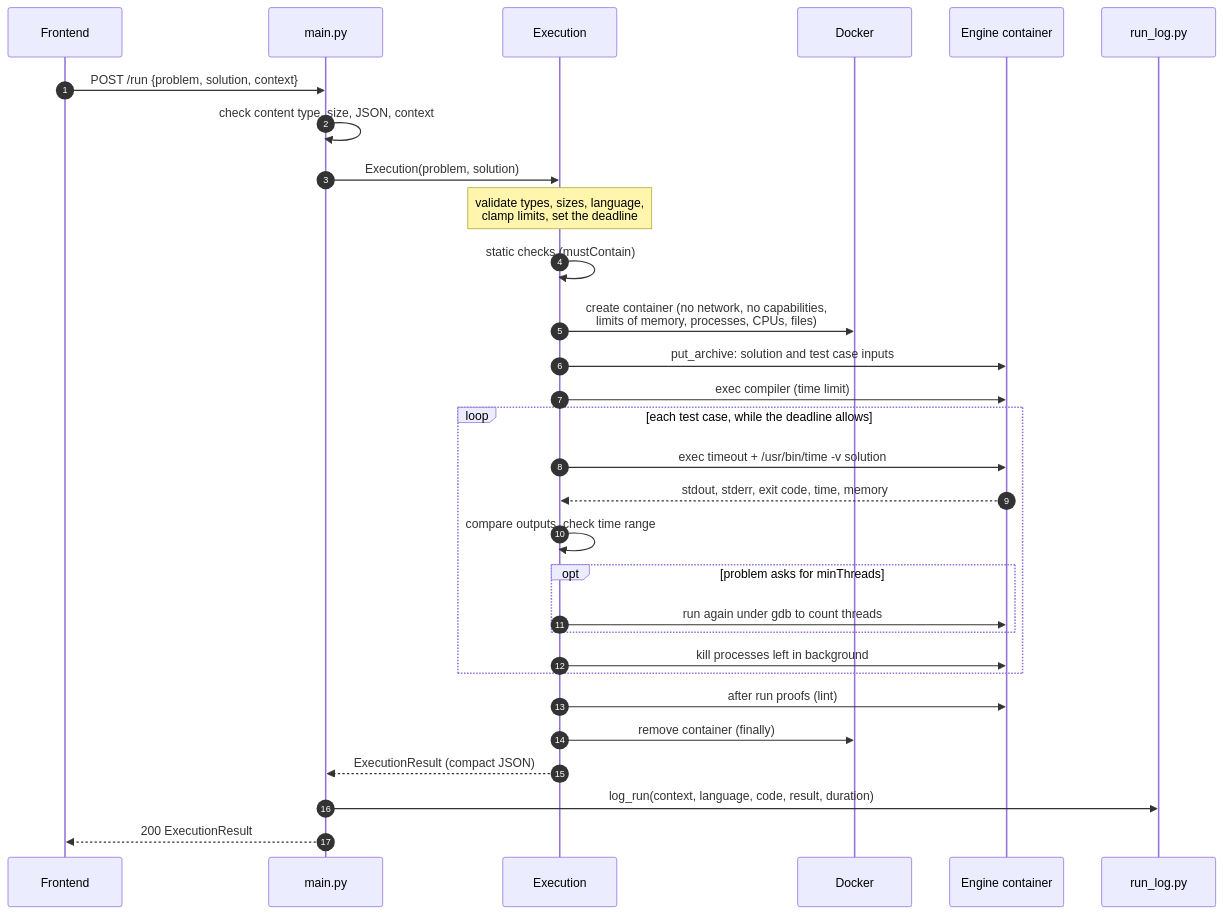
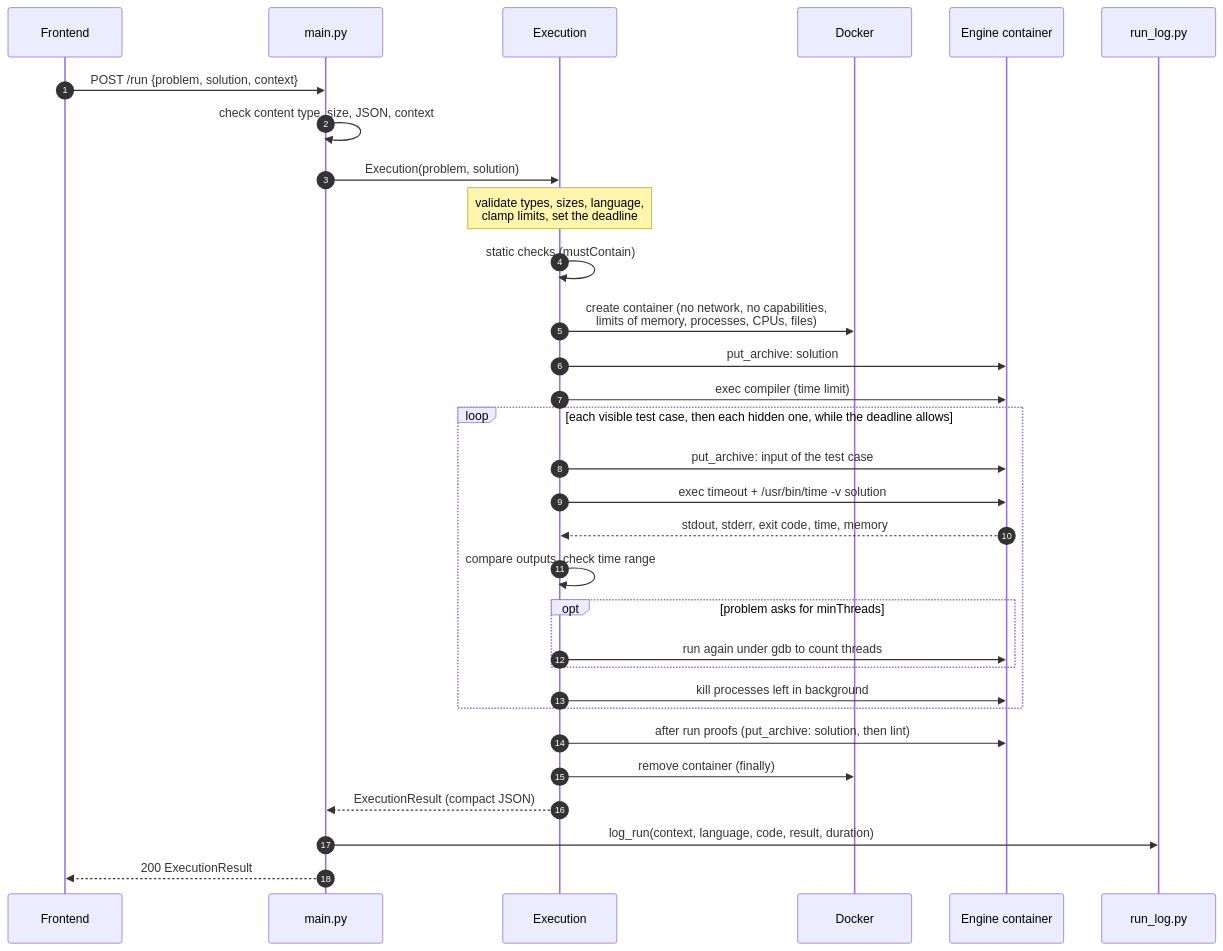
One commit to citic/vygoj changed the diagram in backend/design/execution.mmd. Above: the diagram before and after it, drawn with Mermaid. The commit also changed 2 other files, not shown here.

Commit message:
Hide the numbers of hidden test cases and lint the code as it was sent
A review of #104 found other ways for a solution to show what a hidden
test case read: the messages of the linter, which read the file of the
solution after the test cases, and the exit code, threads, and memory of
hidden test cases, which the solution chooses.

- The linter checks the code as it was sent, copied again after the test
  cases.
- Hidden test cases tell only whether their exit code was 0, their
  threads and memory are 0, and the numbers of their messages are N.
  Their times are kept.
- If some test case ran, every test case that did not is pending, not
  only the ones before the last that ran, so the score of the page counts
  them all.
- The design and its diagram say so, and that the status of the
  submission is the one of the last test case that failed in the order
  they ran.

```diff
--- a/backend/design/execution.mmd
+++ b/backend/design/execution.mmd
@@ -1,33 +1,34 @@
 %% The backend judges a submission (Execution.execute() in src/execution.py). Any failure stops
 %% the run with its verdict (FailedSolution), and the container is always removed
 sequenceDiagram
     autonumber
     participant Frontend
     participant Main as main.py
     participant Execution as Execution
     participant Docker
     participant Container as Engine container
     participant Log as run_log.py
 
     Frontend->>Main: POST /run {problem, solution, context}
     Main->>Main: check content type, size, JSON, context
     Main->>Execution: Execution(problem, solution)
     Note over Execution: validate types, sizes, language,<br>clamp limits, set the deadline
     Execution->>Execution: static checks (mustContain)
     Execution->>Docker: create container (no network, no capabilities,<br>limits of memory, processes, CPUs, files)
-    Execution->>Container: put_archive: solution and test case inputs
+    Execution->>Container: put_archive: solution
     Execution->>Container: exec compiler (time limit)
-    loop each test case, while the deadline allows
+    loop each visible test case, then each hidden one, while the deadline allows
+        Execution->>Container: put_archive: input of the test case
         Execution->>Container: exec timeout + /usr/bin/time -v solution
         Container-->>Execution: stdout, stderr, exit code, time, memory
         Execution->>Execution: compare outputs, check time range
         opt problem asks for minThreads
             Execution->>Container: run again under gdb to count threads
         end
         Execution->>Container: kill processes left in background
     end
-    Execution->>Container: after run proofs (lint)
+    Execution->>Container: after run proofs (put_archive: solution, then lint)
     Execution->>Docker: remove container (finally)
     Execution-->>Main: ExecutionResult (compact JSON)
     Main->>Log: log_run(context, language, code, result, duration)
     Main-->>Frontend: 200 ExecutionResult
```
